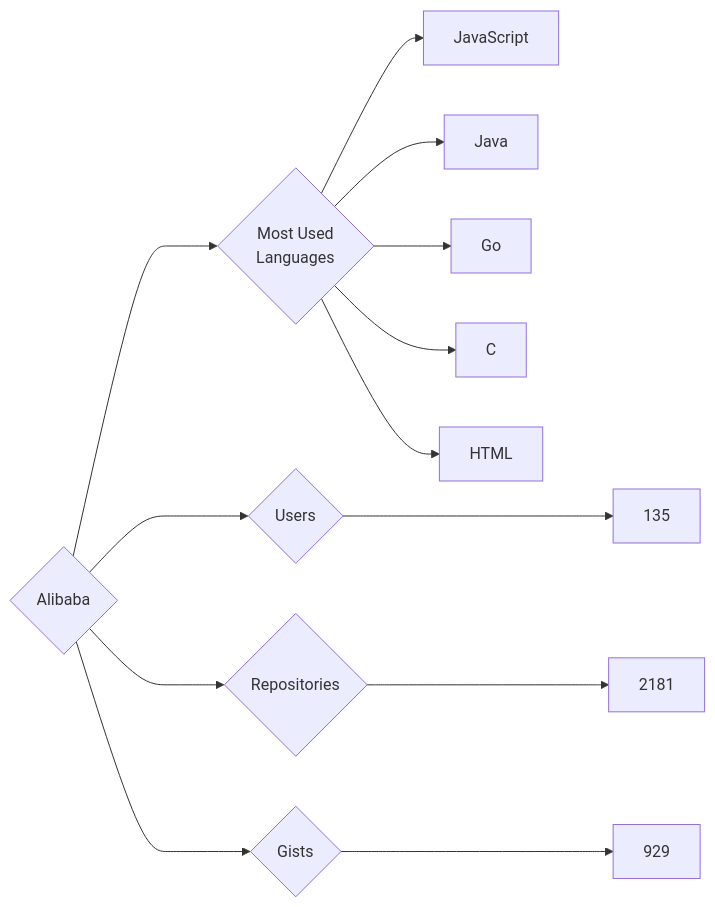
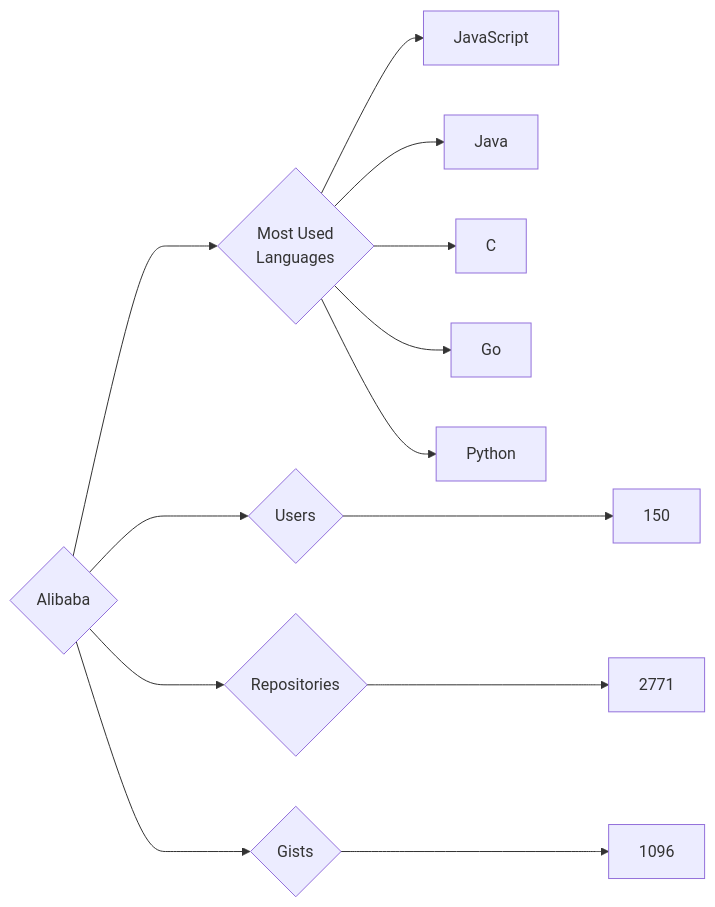
One commit to trickest/insiders changed the diagram in targets/Alibaba/README.md. Above: the diagram before and after it, drawn with Mermaid. The commit also changed 777 other files, not shown here.

````diff
--- a/targets/Alibaba/README.md
+++ b/targets/Alibaba/README.md
@@ -3,13 +3,13 @@
 ```mermaid
 graph LR
 COMPANY_NAME{Alibaba}
-COMPANY_NAME ---> U{Users} ---> UN[135]
-COMPANY_NAME ---> R{Repositories} ---> RN[2181]
-COMPANY_NAME ---> G{Gists} ---> GN[929]
+COMPANY_NAME ---> U{Users} ---> UN[150]
+COMPANY_NAME ---> R{Repositories} ---> RN[2771]
+COMPANY_NAME ---> G{Gists} ---> GN[1096]
 COMPANY_NAME ---> ML{Most Used<br>Languages}
 ML --> JavaScript[JavaScript]
 ML --> Java[Java]
+ML --> C[C]
 ML --> Go[Go]
-ML --> C[C]
-ML --> HTML[HTML]
+ML --> Python[Python]
 ```
````
